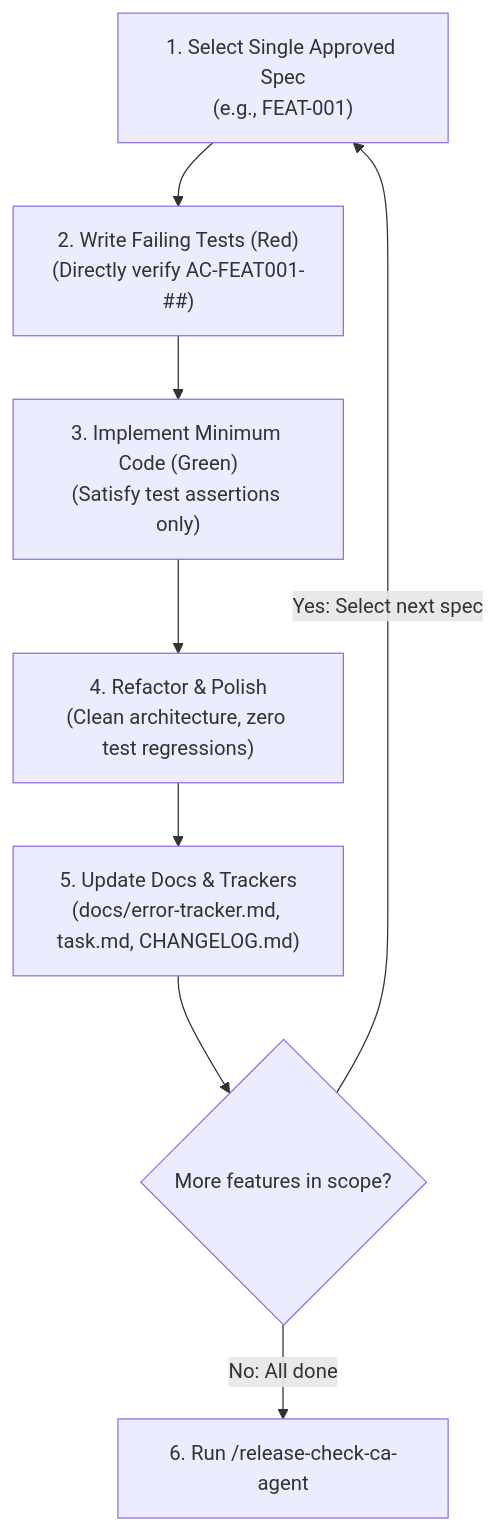
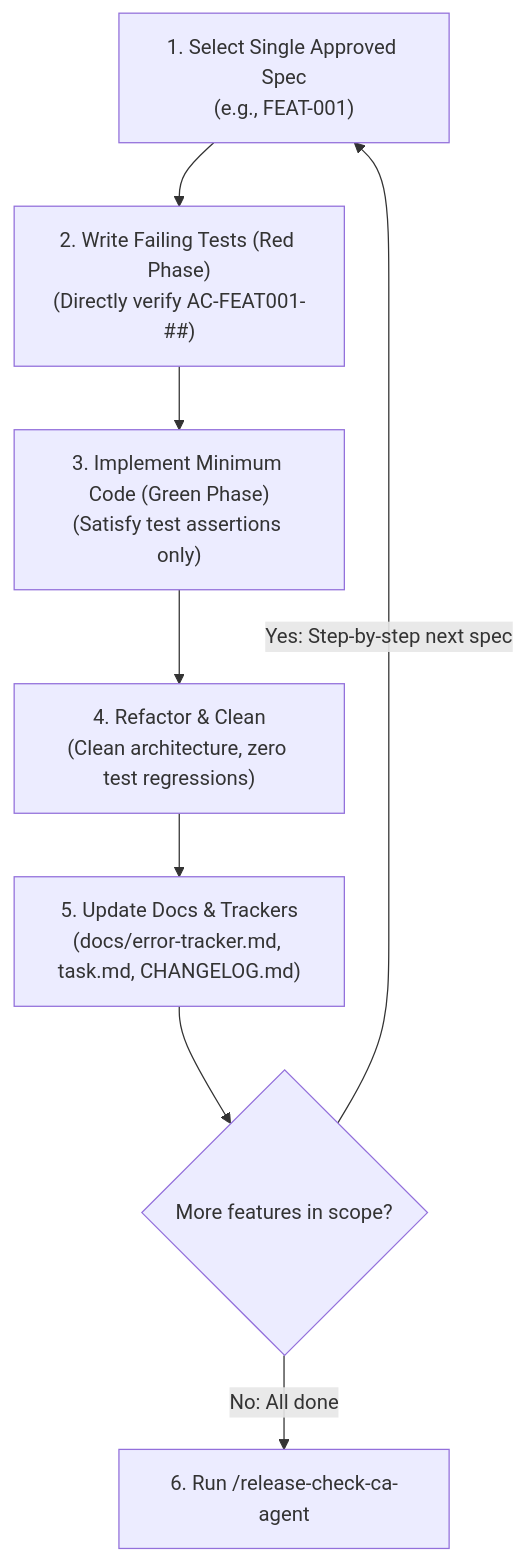
The second of 3 diagrams in SDD-TDD-Chandan-Adhikary/Spec-Driven-Development/docs/features/README.md (rmsofficialsyt/Agentic-AI-Vibe-Coding-AND-SDD-TDD-Codebase-Chandan-Adhikary), drawn with Mermaid before and after one commit. The commit also changed other lines of this file and 21 other files, not shown here.

Commit message:
docs: polish README files and embed AI-generated architecture diagrams and workflows

````diff
--- a/SDD-TDD-Chandan-Adhikary/Spec-Driven-Development/docs/features/README.md
+++ b/SDD-TDD-Chandan-Adhikary/Spec-Driven-Development/docs/features/README.md
@@ -55,10 +55,10 @@
 ```mermaid
 flowchart TD
-    SelectSpec["1. Select Single Approved Spec<br/>(e.g., FEAT-001)"] --> WriteTests["2. Write Failing Tests (Red)<br/>(Directly verify AC-FEAT001-##)"]
-    WriteTests --> ImplementCode["3. Implement Minimum Code (Green)<br/>(Satisfy test assertions only)"]
-    ImplementCode --> RefactorCode["4. Refactor & Polish<br/>(Clean architecture, zero test regressions)"]
+    SelectSpec["1. Select Single Approved Spec<br/>(e.g., FEAT-001)"] --> WriteTests["2. Write Failing Tests (Red Phase)<br/>(Directly verify AC-FEAT001-##)"]
+    WriteTests --> ImplementCode["3. Implement Minimum Code (Green Phase)<br/>(Satisfy test assertions only)"]
+    ImplementCode --> RefactorCode["4. Refactor & Clean<br/>(Clean architecture, zero test regressions)"]
     RefactorCode --> UpdateDocs["5. Update Docs & Trackers<br/>(docs/error-tracker.md, task.md, CHANGELOG.md)"]
     UpdateDocs --> NextSpec{"More features in scope?"}
-    NextSpec -->|"Yes: Select next spec"| SelectSpec
+    NextSpec -->|"Yes: Step-by-step next spec"| SelectSpec
     NextSpec -->|"No: All done"| ReleaseAudit["6. Run /release-check-ca-agent"]
 ```
````
